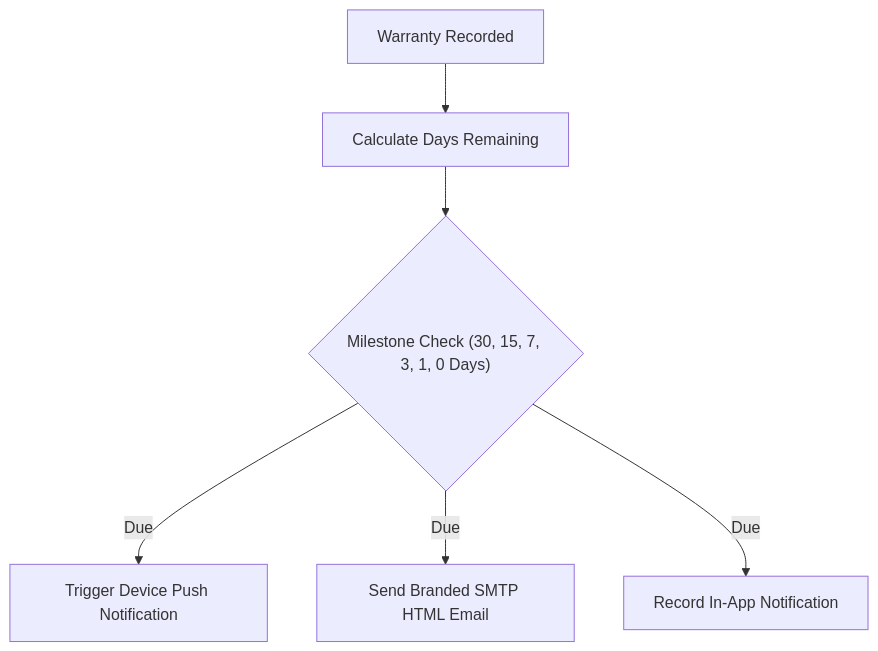
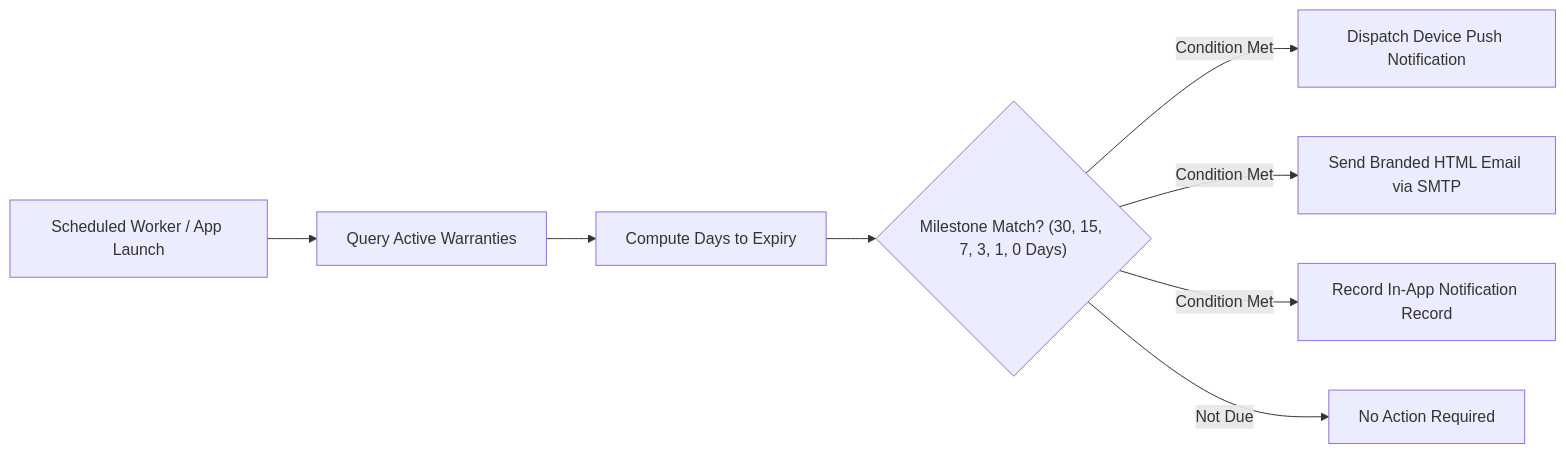
The second of 2 diagrams in README.md (milanraj-github/RECEIPTO), drawn with Mermaid before and after one commit. The commit also changed other lines of this file, not shown here.

Commit message:
docs: revamp README with complete architecture, features, workflows and production setup

````diff
--- a/README.md
+++ b/README.md
@@ -557,8 +205,10 @@
 ```mermaid
-flowchart TD
-    A["Warranty Recorded"] --> B["Calculate Days Remaining"]
-    B --> C{"Milestone Check (30, 15, 7, 3, 1, 0 Days)"}
-    C -- "Due" --> D["Trigger Device Push Notification"]
-    C -- "Due" --> E["Send Branded SMTP HTML Email"]
-    C -- "Due" --> F["Record In-App Notification"]
+flowchart LR
+    A["Scheduled Worker / App Launch"] --> B["Query Active Warranties"]
+    B --> C["Compute Days to Expiry"]
+    C --> D{"Milestone Match? (30, 15, 7, 3, 1, 0 Days)"}
+    D -- "Condition Met" --> E["Dispatch Device Push Notification"]
+    D -- "Condition Met" --> F["Send Branded HTML Email via SMTP"]
+    D -- "Condition Met" --> G["Record In-App Notification Record"]
+    D -- "Not Due" --> H["No Action Required"]
 ```
````
